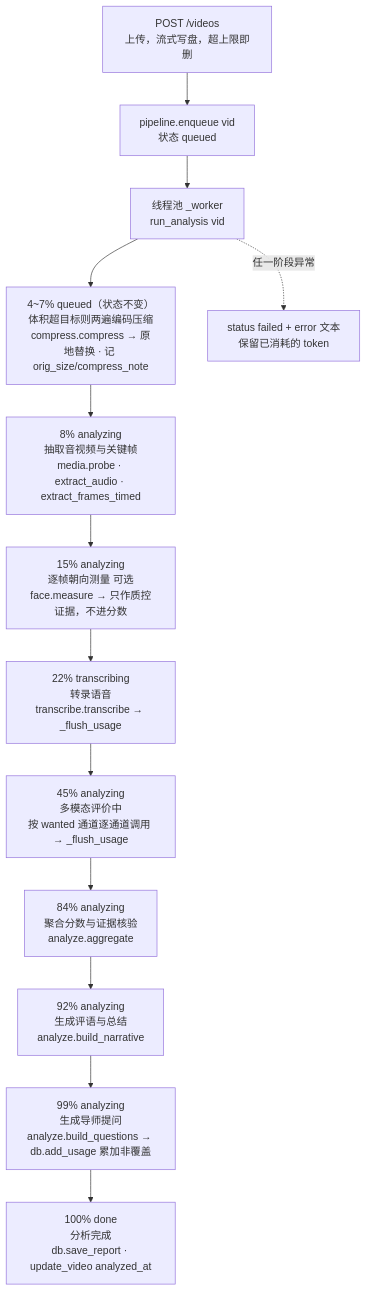
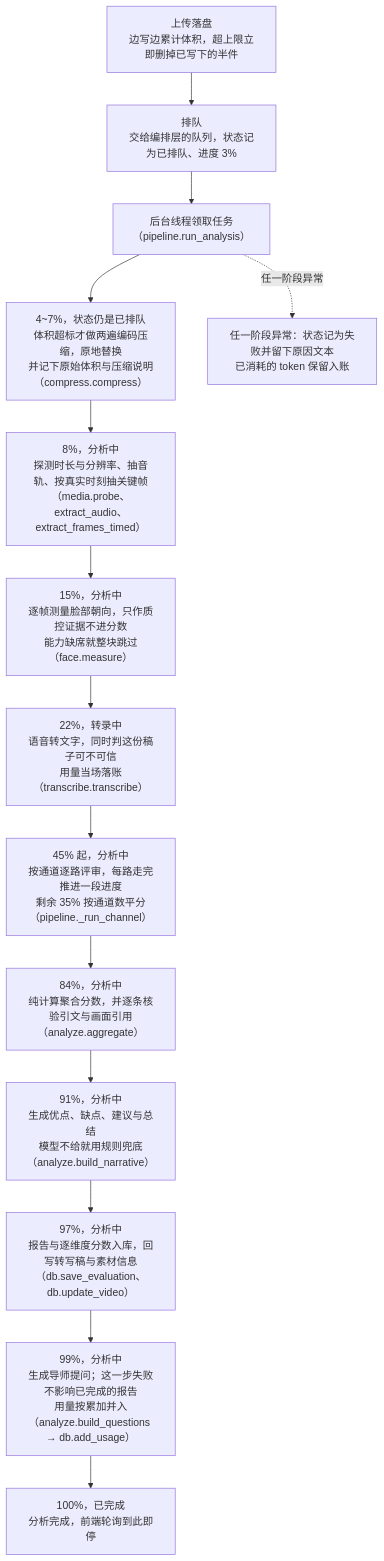
The second of 4 diagrams in docs/设计报告.md (haitaoshui1001/speech_eval), drawn with Mermaid before and after one commit. The commit also changed other lines of this file and 2 other files, not shown here.

````diff
--- a/docs/设计报告.md
+++ b/docs/设计报告.md
@@ -185,18 +215,19 @@
 ```mermaid
 flowchart TB
-  A["POST /videos<br/>上传，流式写盘，超上限即删"]
-  B["pipeline.enqueue vid<br/>状态 queued"]
-  C["线程池 _worker<br/>run_analysis vid"]
-  S0["4~7% queued（状态不变）<br/>体积超目标则两遍编码压缩<br/>compress.compress → 原地替换 · 记 orig_size/compress_note"]
-  S1["8% analyzing<br/>抽取音视频与关键帧<br/>media.probe · extract_audio · extract_frames_timed"]
-  S2["15% analyzing<br/>逐帧朝向测量 可选<br/>face.measure → 只作质控证据，不进分数"]
-  S3["22% transcribing<br/>转录语音<br/>transcribe.transcribe → _flush_usage"]
-  S4["45% analyzing<br/>多模态评价中<br/>按 wanted 通道逐通道调用 → _flush_usage"]
-  S5["84% analyzing<br/>聚合分数与证据核验<br/>analyze.aggregate"]
-  S6["92% analyzing<br/>生成评语与总结<br/>analyze.build_narrative"]
-  S7["99% analyzing<br/>生成导师提问<br/>analyze.build_questions → db.add_usage 累加非覆盖"]
-  S8["100% done<br/>分析完成<br/>db.save_report · update_video analyzed_at"]
-  F["status failed + error 文本<br/>保留已消耗的 token"]
-  A --> B --> C --> S0 --> S1 --> S2 --> S3 --> S4 --> S5 --> S6 --> S7 --> S8
+  A["上传落盘<br/>边写边累计体积，超上限立即删掉已写下的半件"]
+  B["排队<br/>交给编排层的队列，状态记为已排队、进度 3%"]
+  C["后台线程领取任务<br/>（pipeline.run_analysis）"]
+  S0["4~7%，状态仍是已排队<br/>体积超标才做两遍编码压缩，原地替换<br/>并记下原始体积与压缩说明（compress.compress）"]
+  S1["8%，分析中<br/>探测时长与分辨率、抽音轨、按真实时刻抽关键帧<br/>（media.probe、extract_audio、extract_frames_timed）"]
+  S2["15%，分析中<br/>逐帧测量脸部朝向，只作质控证据不进分数<br/>能力缺席就整块跳过（face.measure）"]
+  S3["22%，转录中<br/>语音转文字，同时判这份稿子可不可信<br/>用量当场落账（transcribe.transcribe）"]
+  S4["45% 起，分析中<br/>按通道逐路评审，每路走完推进一段进度<br/>剩余 35% 按通道数平分（pipeline._run_channel）"]
+  S5["84%，分析中<br/>纯计算聚合分数，并逐条核验引文与画面引用<br/>（analyze.aggregate）"]
+  S6["91%，分析中<br/>生成优点、缺点、建议与总结<br/>模型不给就用规则兜底（analyze.build_narrative）"]
+  S7["97%，分析中<br/>报告与逐维度分数入库，回写转写稿与素材信息<br/>（db.save_evaluation、db.update_video）"]
+  S8["99%，分析中<br/>生成导师提问；这一步失败不影响已完成的报告<br/>用量按累加并入（analyze.build_questions → db.add_usage）"]
+  S9["100%，已完成<br/>分析完成，前端轮询到此即停"]
+  F["任一阶段异常：状态记为失败并留下原因文本<br/>已消耗的 token 保留入账"]
+  A --> B --> C --> S0 --> S1 --> S2 --> S3 --> S4 --> S5 --> S6 --> S7 --> S8 --> S9
   C -.任一阶段异常.-> F
 ```
````
